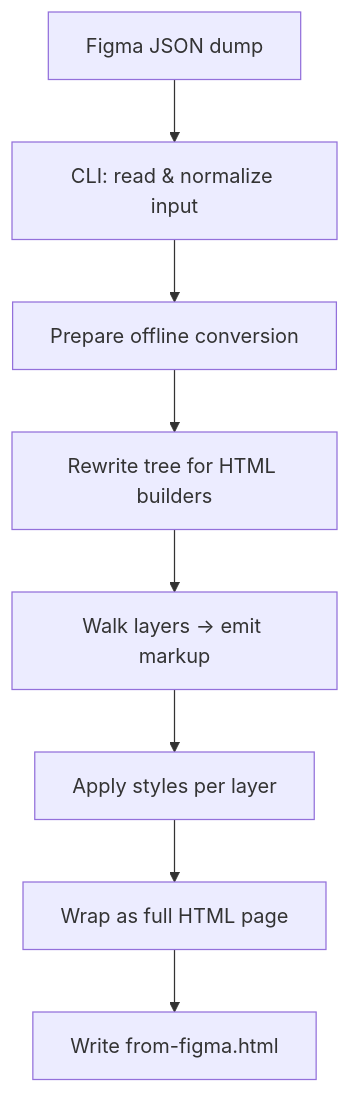
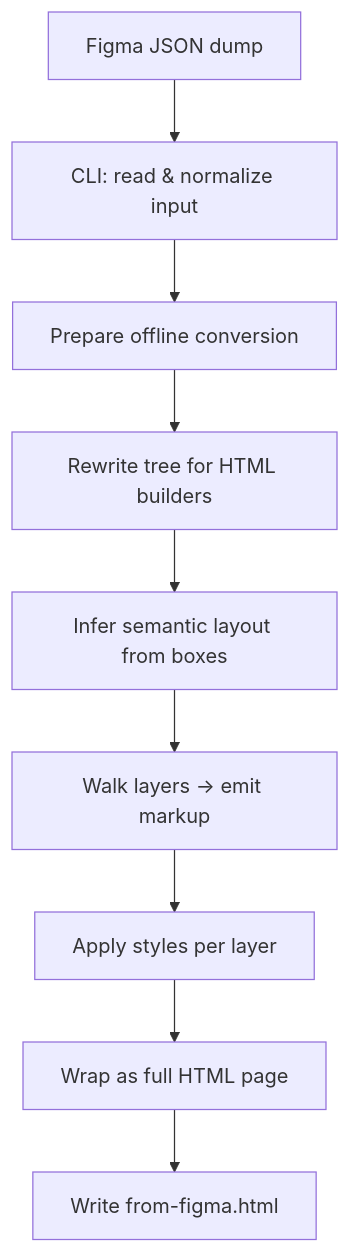
The first of 5 diagrams in tools/figma-layout/README.md (CodeByStella/FIGMA2CODE), drawn with Mermaid before and after one commit. The commit also changed other lines of this file and 10 other files, not shown here.

````diff
--- a/tools/figma-layout/README.md
+++ b/tools/figma-layout/README.md
@@ -138,10 +139,11 @@
 ```mermaid
 flowchart TD
   A["Figma JSON dump"] --> B["CLI: read & normalize input"]
   B --> C["Prepare offline conversion"]
   C --> D["Rewrite tree for HTML builders"]
-  D --> E["Walk layers → emit markup"]
-  E --> F["Apply styles per layer"]
-  F --> G["Wrap as full HTML page"]
-  G --> H["Write from-figma.html"]
+  D --> E["Infer semantic layout from boxes"]
+  E --> F["Walk layers → emit markup"]
+  F --> G["Apply styles per layer"]
+  G --> H["Wrap as full HTML page"]
+  H --> I["Write from-figma.html"]
 ```
````
